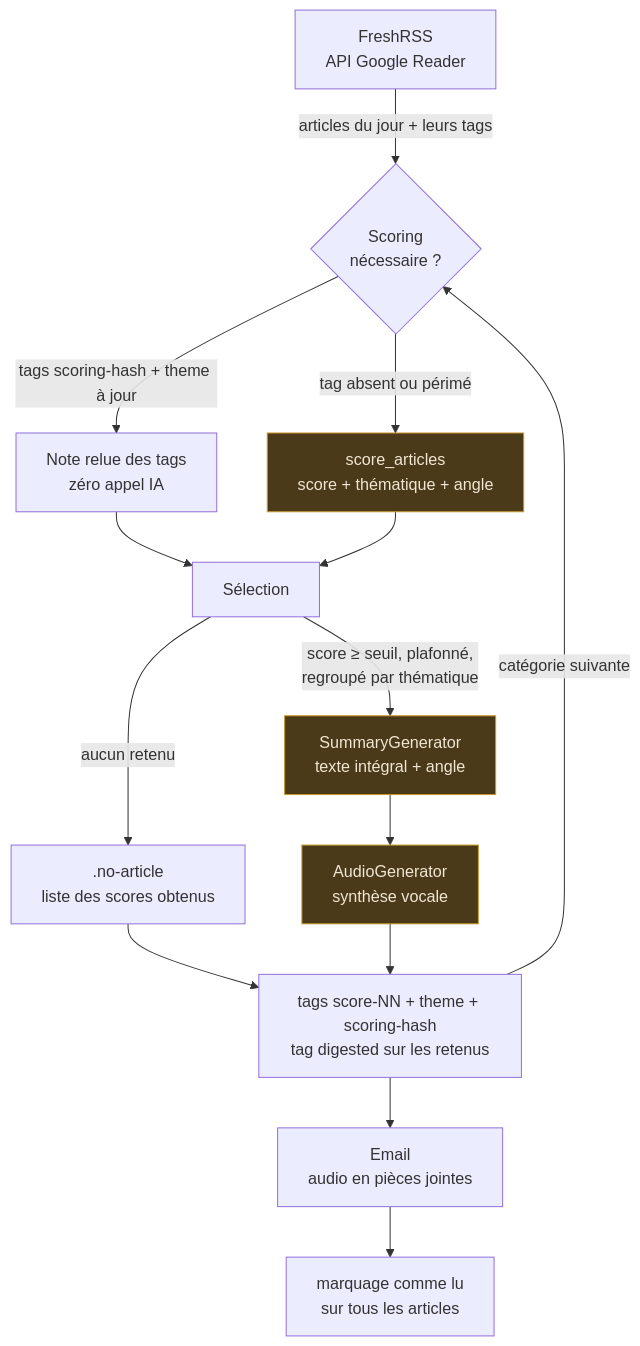
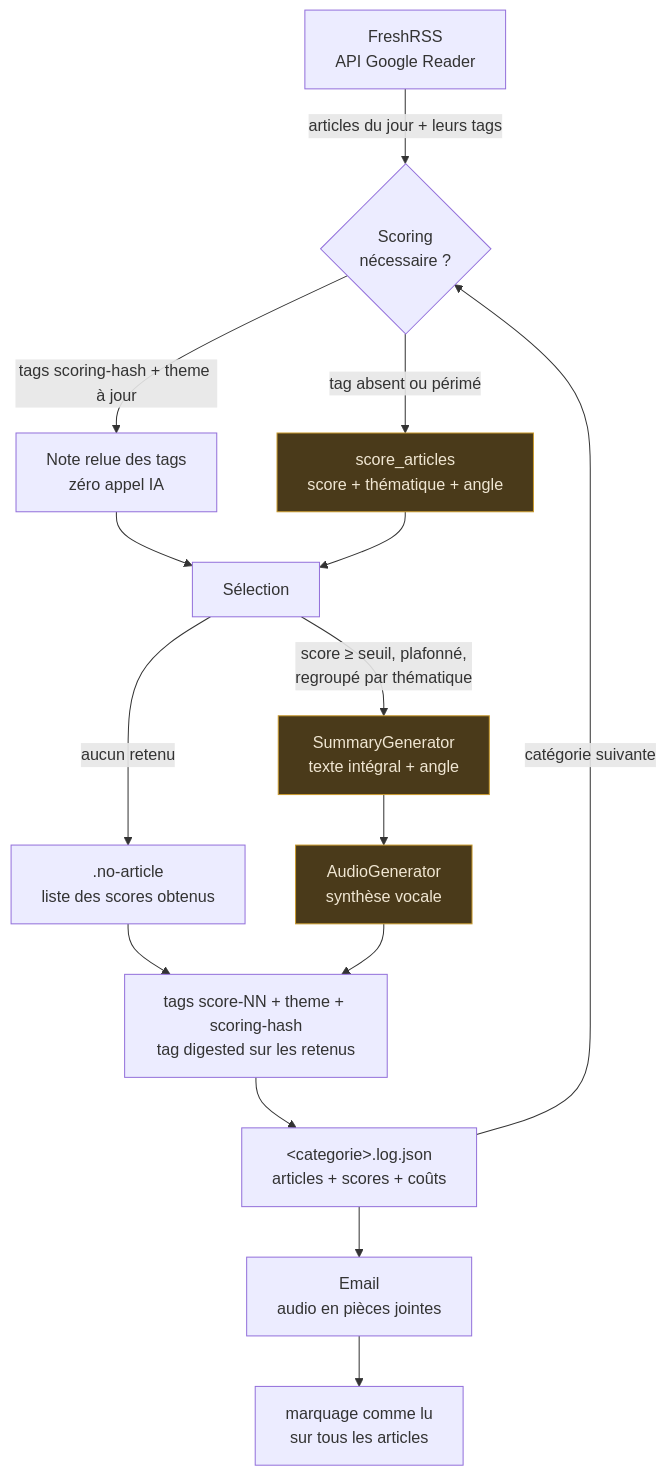
Before and after one commit to odrix/RSSResume: the first of 2 diagrams in FONCTIONNEMENT.md, drawn with Mermaid. The commit also changed other lines of this file and 13 other files, not shown here.

````diff
--- a/FONCTIONNEMENT.md
+++ b/FONCTIONNEMENT.md
@@ -8,23 +8,24 @@
 ```mermaid
 flowchart TD
     A[FreshRSS<br/>API Google Reader] -->|articles du jour + leurs tags| B{Scoring<br/>nécessaire ?}
 
     B -->|tags scoring-hash + theme à jour| C[Note relue des tags<br/>zéro appel IA]
     B -->|tag absent ou périmé| D[score_articles<br/>score + thématique + angle]
 
     C --> E[Sélection]
     D --> E
 
     E -->|score ≥ seuil, plafonné,<br/>regroupé par thématique| F[SummaryGenerator<br/>texte intégral + angle]
     E -->|aucun retenu| N[".no-article<br/>liste des scores obtenus"]
     N --> T
     F --> G[AudioGenerator<br/>synthèse vocale]
     G --> T[tags score-NN + theme + scoring-hash<br/>tag digested sur les retenus]
-    T -->|catégorie suivante| B
-    T --> H[Email<br/>audio en pièces jointes]
+    T --> J["&lt;categorie&gt;.log.json<br/>articles + scores + coûts"]
+    J -->|catégorie suivante| B
+    J --> H[Email<br/>audio en pièces jointes]
     H --> L[marquage comme lu<br/>sur tous les articles]
 
     style D fill:#4a3a1a,stroke:#c99a2e,color:#f0e6d2
     style F fill:#4a3a1a,stroke:#c99a2e,color:#f0e6d2
     style G fill:#4a3a1a,stroke:#c99a2e,color:#f0e6d2
 ```
````
